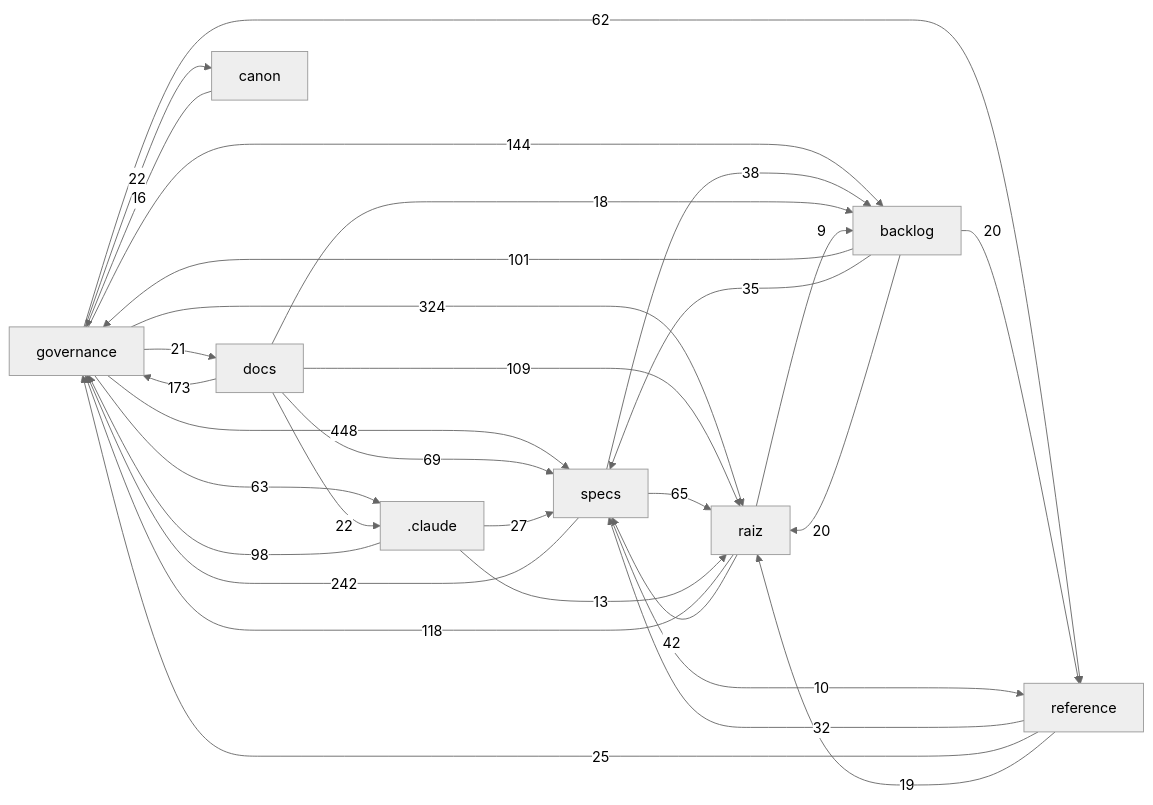
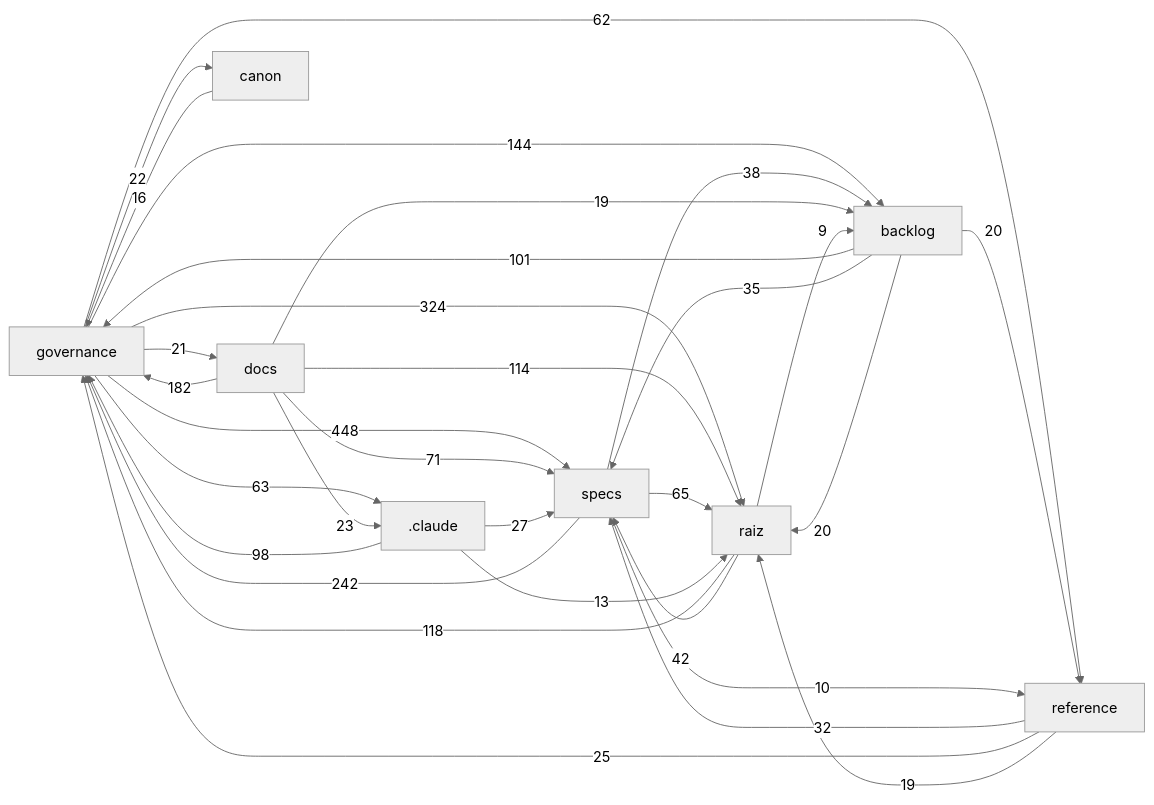
Before and after one commit to Andraus35/Sistema-Operacional-de-Trading--SOT: the diagram in docs/mapa/MAPA-PROJETO.md, drawn with Mermaid (neutral theme). The commit also changed other lines of this file and 4 other files, not shown here.

````diff
--- a/docs/mapa/MAPA-PROJETO.md
+++ b/docs/mapa/MAPA-PROJETO.md
@@ -29,33 +29,33 @@
 ```mermaid
 flowchart LR
   governance["governance"] -->|448| specs["specs"]
   governance["governance"] -->|324| raiz["raiz"]
   specs["specs"] -->|242| governance["governance"]
-  docs["docs"] -->|173| governance["governance"]
+  docs["docs"] -->|182| governance["governance"]
   governance["governance"] -->|144| backlog["backlog"]
   raiz["raiz"] -->|118| governance["governance"]
-  docs["docs"] -->|109| raiz["raiz"]
+  docs["docs"] -->|114| raiz["raiz"]
   backlog["backlog"] -->|101| governance["governance"]
   _claude[".claude"] -->|98| governance["governance"]
-  docs["docs"] -->|69| specs["specs"]
+  docs["docs"] -->|71| specs["specs"]
   specs["specs"] -->|65| raiz["raiz"]
   governance["governance"] -->|63| _claude[".claude"]
   governance["governance"] -->|62| reference["reference"]
   raiz["raiz"] -->|42| specs["specs"]
   specs["specs"] -->|38| backlog["backlog"]
   backlog["backlog"] -->|35| specs["specs"]
   reference["reference"] -->|32| specs["specs"]
   _claude[".claude"] -->|27| specs["specs"]
   reference["reference"] -->|25| governance["governance"]
-  docs["docs"] -->|22| _claude[".claude"]
+  docs["docs"] -->|23| _claude[".claude"]
   governance["governance"] -->|22| canon["canon"]
   governance["governance"] -->|21| docs["docs"]
   backlog["backlog"] -->|20| raiz["raiz"]
   backlog["backlog"] -->|20| reference["reference"]
+  docs["docs"] -->|19| backlog["backlog"]
   reference["reference"] -->|19| raiz["raiz"]
-  docs["docs"] -->|18| backlog["backlog"]
   canon["canon"] -->|16| governance["governance"]
   _claude[".claude"] -->|13| raiz["raiz"]
   specs["specs"] -->|10| reference["reference"]
   raiz["raiz"] -->|9| backlog["backlog"]
 ```
````
